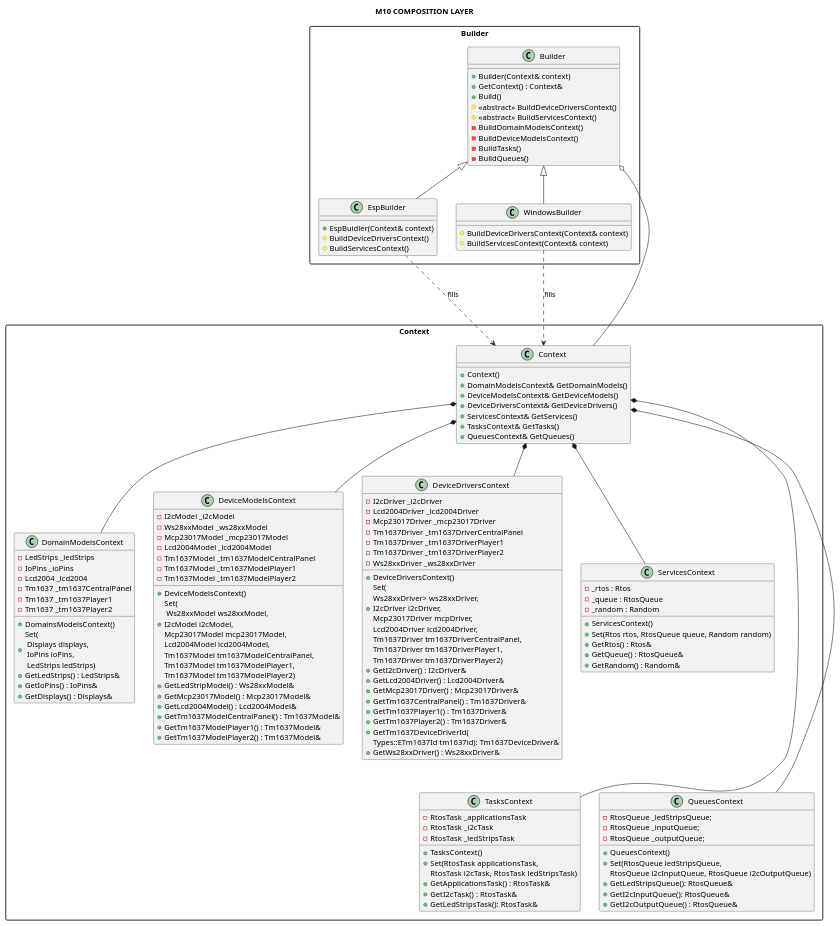
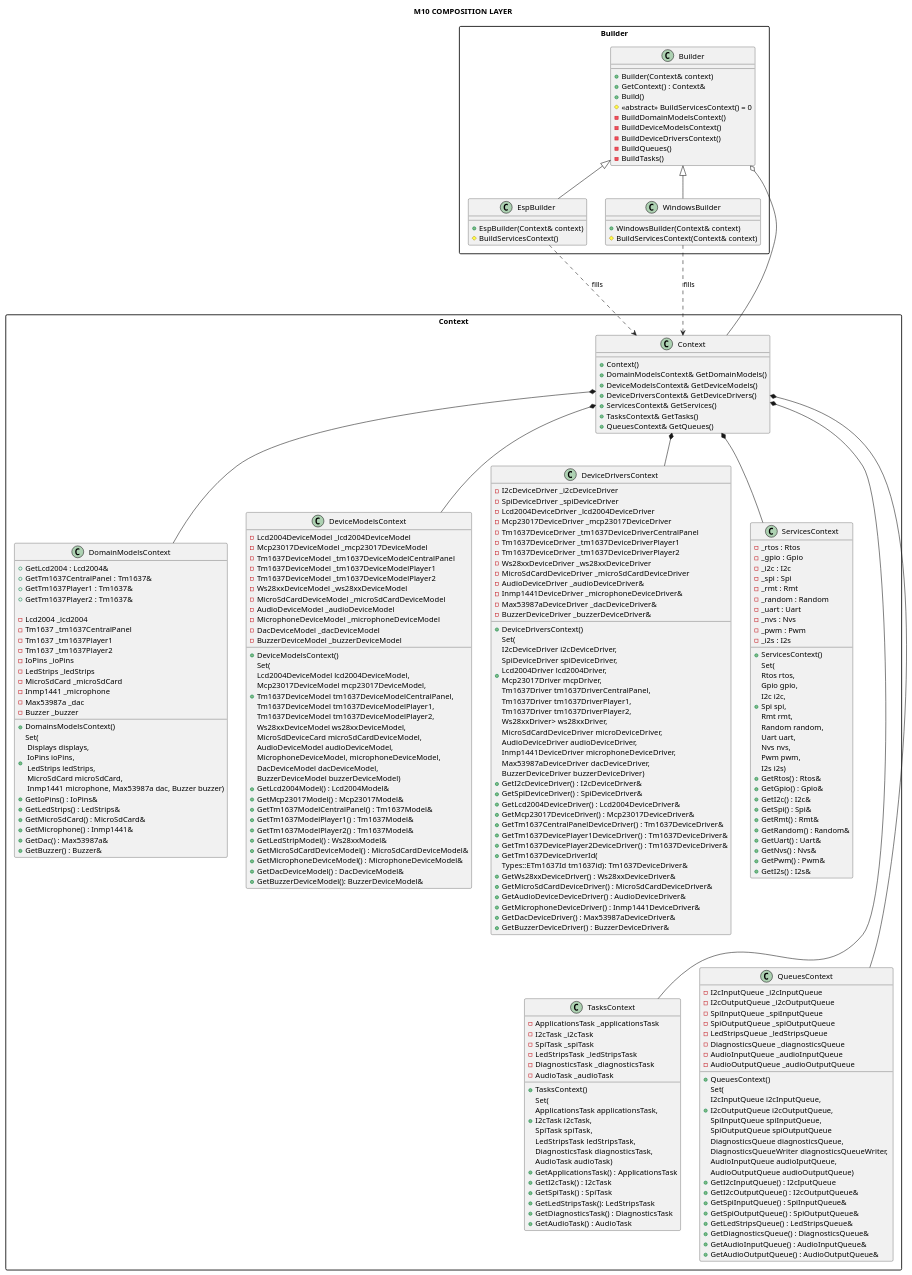
One commit to michelkeijzers/fraxis changed the diagram in Docs/Software Design/Layers/M10_composition_layer.puml. Above: the diagram before and after it, drawn with PlantUML. The commit also changed 2 other files, not shown here.

Commit message:
Designs UML  0, M00, M10

```diff
--- a/Docs/Software Design/Layers/M10_composition_layer.puml
+++ b/Docs/Software Design/Layers/M10_composition_layer.puml
@@ -12,25 +12,24 @@
         + Builder(Context& context)
         + GetContext() : Context&
         + Build()
-        # <<abstract>> BuildDeviceDriversContext()
-        # <<abstract>> BuildServicesContext() 
+        # <<abstract>> BuildServicesContext() = 0
         - BuildDomainModelsContext()
         - BuildDeviceModelsContext()
+        - BuildDeviceDriversContext()
+        - BuildQueues()
         - BuildTasks()
-        - BuildQueues()
     }
 
     class EspBuilder
     {
-        + EspBuidler(Context& context)
-        # BuildDeviceDriversContext()
+        + EspBuilder(Context& context)
         # BuildServicesContext() 
     }
     EspBuilder -u-|> Builder
 
     class WindowsBuilder
     {
-        # BuildDeviceDriversContext(Context& context)
+        + WindowsBuilder(Context& context)
         # BuildServicesContext(Context& context) 
     }
     WindowsBuilder -u-|> Builder
@@ -52,98 +51,160 @@
     class DomainModelsContext
     {
         + DomainsModelsContext()
-        + Set(\n Displays displays, \n IoPins ioPins, \n LedStrips ledStrips)
+        + Set(\n Displays displays, \n IoPins ioPins, \n LedStrips ledStrips, \n MicroSdCard microSdCard, \n Inmp1441 microphone, Max53987a dac, Buzzer buzzer)
+        + GetLcd2004 : Lcd2004&
+        + GetTm1637CentralPanel : Tm1637& 
+        + GetTm1637Player1 : Tm1637&
+        + GetTm1637Player2 : Tm1637&
+        + GetIoPins() : IoPins& 
         + GetLedStrips() : LedStrips& 
-        + GetIoPins() : IoPins& 
-        + GetDisplays() : Displays& 
+        + GetMicroSdCard() : MicroSdCard&
+        + GetMicrophone() : Inmp1441&
+        + GetDac() : Max53987a&
+        + GetBuzzer() : Buzzer&
 
-        - LedStrips _ledStrips
-        - IoPins _ioPins
         - Lcd2004 _lcd2004
         - Tm1637 _tm1637CentralPanel
         - Tm1637 _tm1637Player1
         - Tm1637 _tm1637Player2
+        - IoPins _ioPins
+        - LedStrips _ledStrips
+        - MicroSdCard _microSdCard
+        - Inmp1441 _microphone
+        - Max53987a _dac
+        - Buzzer _buzzer
     }
 
     class DeviceModelsContext
     {
         + DeviceModelsContext()
-        + Set(\n Ws28xxModel ws28xxModel,\nI2cModel i2cModel,\nMcp23017Model mcp23017Model,\nLcd2004Model lcd2004Model,
-            Tm1637Model tm1637ModelCentralPanel,\nTm1637Model tm1637ModelPlayer1,\nTm1637Model tm1637ModelPlayer2)
-        + GetLedStripModel() : Ws28xxModel& 
+        + Set(\nLcd2004DeviceModel lcd2004DeviceModel, \nMcp23017DeviceModel mcp23017DeviceModel, \nTm1637DeviceModel tm1637DeviceModelCentralPanel,\nTm1637DeviceModel tm1637DeviceModelPlayer1,\nTm1637DeviceModel tm1637DeviceModelPlayer2, \nWs28xxDeviceModel ws28xxDeviceModel,
+            MicroSdDeviceCard microSdCardDeviceModel, \nAudioDeviceModel audioDeviceModel, \nMicrophoneDeviceModel, microphoneDeviceModel, \nDacDeviceModel dacDeviceModel, \nBuzzerDeviceModel buzzerDeviceModel)
+        + GetLcd2004Model() : Lcd2004Model& 
         + GetMcp23017Model() : Mcp23017Model& 
-        + GetLcd2004Model() : Lcd2004Model& 
         + GetTm1637ModelCentralPanel() : Tm1637Model& 
         + GetTm1637ModelPlayer1() : Tm1637Model& 
         + GetTm1637ModelPlayer2() : Tm1637Model& 
-        - I2cModel _i2cModel
-        - Ws28xxModel _ws28xxModel
-        - Mcp23017Model _mcp23017Model
-        - Lcd2004Model _lcd2004Model
-        - Tm1637Model _tm1637ModelCentralPanel
-        - Tm1637Model _tm1637ModelPlayer1
-        - Tm1637Model _tm1637ModelPlayer2
+        + GetLedStripModel() : Ws28xxModel& 
+        + GetMicroSdCardDeviceModel() : MicroSdCardDeviceModel&
+        + GetMicrophoneDeviceModel() : MicrophoneDeviceModel&
+        + GetDacDeviceModel() : DacDeviceModel&
+        + GetBuzzerDeviceModel(): BuzzerDeviceModel&
+        - Lcd2004DeviceModel _lcd2004DeviceModel
+        - Mcp23017DeviceModel _mcp23017DeviceModel
+        - Tm1637DeviceModel _tm1637DeviceModelCentralPanel
+        - Tm1637DeviceModel _tm1637DeviceModelPlayer1
+        - Tm1637DeviceModel _tm1637DeviceModelPlayer2
+        - Ws28xxDeviceModel _ws28xxDeviceModel
+        - MicroSdCardDeviceModel _microSdCardDeviceModel
+        - AudioDeviceModel _audioDeviceModel
+        - MicrophoneDeviceModel _microphoneDeviceModel
+        - DacDeviceModel _dacDeviceModel
+        - BuzzerDeviceModel _buzzerDeviceModel
     }
     
     class DeviceDriversContext
     {
         + DeviceDriversContext()
-        + Set(\nWs28xxDriver> ws28xxDriver,\nI2cDriver i2cDriver,\nMcp23017Driver mcpDriver,\nLcd2004Driver lcd2004Driver,
-            Tm1637Driver tm1637DriverCentralPanel,\nTm1637Driver tm1637DriverPlayer1,\nTm1637Driver tm1637DriverPlayer2)
-        + GetI2cDriver() : I2cDriver& 
-        + GetLcd2004Driver() : Lcd2004Driver& 
-        + GetMcp23017Driver() : Mcp23017Driver& 
-        + GetTm1637CentralPanel() : Tm1637Driver& 
-        + GetTm1637Player1() : Tm1637Driver& 
-        + GetTm1637Player2() : Tm1637Driver& 
+        + Set(\nI2cDeviceDriver i2cDeviceDriver, \nSpiDeviceDriver spiDeviceDriver, \nLcd2004Driver lcd2004Driver, \nMcp23017Driver mcpDriver,\nTm1637Driver tm1637DriverCentralPanel,\nTm1637Driver tm1637DriverPlayer1,\nTm1637Driver tm1637DriverPlayer2,
+            Ws28xxDriver> ws28xxDriver, \nMicroSdCardDeviceDriver microDeviceDriver, \nAudioDeviceDriver audioDeviceDriver, \nInmp1441DeviceDriver microphoneDeviceDriver, \nMax53987aDeviceDriver dacDeviceDriver, \nBuzzerDeviceDriver buzzerDeviceDriver)
+        + GetI2cDeviceDriver() : I2cDeviceDriver& 
+        + GetSpiDeviceDriver() : SpiDeviceDriver& 
+        + GetLcd2004DeviceDriver() : Lcd2004DeviceDriver& 
+        + GetMcp23017DeviceDriver() : Mcp23017DeviceDriver& 
+        + GetTm1637CentralPanelDeviceDriver() : Tm1637DeviceDriver& 
+        + GetTm1637DevicePlayer1DeviceDriver() : Tm1637DeviceDriver& 
+        + GetTm1637DevicePlayer2DeviceDriver() : Tm1637DeviceDriver& 
         + GetTm1637DeviceDriverId(
             Types::ETm1637Id tm1637id): Tm1637DeviceDriver&
-        + GetWs28xxDriver() : Ws28xxDriver& 
-        - I2cDriver _i2cDriver
-        - Lcd2004Driver _lcd2004Driver
-        - Mcp23017Driver _mcp23017Driver
-        - Tm1637Driver _tm1637DriverCentralPanel
-        - Tm1637Driver _tm1637DriverPlayer1
-        - Tm1637Driver _tm1637DriverPlayer2
-        - Ws28xxDriver _ws28xxDriver
+        + GetWs28xxDeviceDriver() : Ws28xxDeviceDriver& 
+        + GetMicroSdCardDeviceDriver() : MicroSdCardDeviceDriver&
+        + GetAudioDeviceDeviceDriver() : AudioDeviceDriver&
+        + GetMicrophoneDeviceDriver() : Inmp1441DeviceDriver&
+        + GetDacDeviceDriver() : Max53987aDeviceDriver& 
+        + GetBuzzerDeviceDriver() : BuzzerDeviceDriver&
+        - I2cDeviceDriver _i2cDeviceDriver
+        - SpiDeviceDriver _spiDeviceDriver
+        - Lcd2004DeviceDriver _lcd2004DeviceDriver
+        - Mcp23017DeviceDriver _mcp23017DeviceDriver
+        - Tm1637DeviceDriver _tm1637DeviceDriverCentralPanel
+        - Tm1637DeviceDriver _tm1637DeviceDriverPlayer1
+        - Tm1637DeviceDriver _tm1637DeviceDriverPlayer2
+        - Ws28xxDeviceDriver _ws28xxDeviceDriver
+        - MicroSdCardDeviceDriver _microSdCardDeviceDriver
+        - AudioDeviceDriver _audioDeviceDriver&
+        - Inmp1441DeviceDriver _microphoneDeviceDriver&
+        - Max53987aDeviceDriver _dacDeviceDriver&
+        - BuzzerDeviceDriver _buzzerDeviceDriver&
     }
 
     class ServicesContext
     {
         + ServicesContext()
-        + Set(Rtos rtos, RtosQueue queue, Random random)
+        + Set(\nRtos rtos, \nGpio gpio, \nI2c i2c, \nSpi spi, \nRmt rmt, \nRandom random, \nUart uart, \nNvs nvs, 
+           Pwm pwm, \nI2s i2s)
         + GetRtos() : Rtos& 
-        + GetQueue() : RtosQueue& 
+        + GetGpio() : Gpio&
+        + GetI2c() : I2c&
+        + GetSpi() : Spi&
+        + GetRmt() : Rmt&
         + GetRandom() : Random& 
+        + GetUart() : Uart&
+        + GetNvs() : Nvs&
+        + GetPwm() : Pwm& 
+        + GetI2s() : I2s&
         - _rtos : Rtos 
-        - _queue : RtosQueue 
+        - _gpio : Gpio
+        - _i2c : I2c
+        - _spi : Spi
+        - _rmt : Rmt
         - _random : Random 
+        - _uart : Uart
+        - _nvs : Nvs
+        - _pwm : Pwm
+        - _i2s : I2s
     }
 
     class TasksContext
     {
         + TasksContext()
-        + Set(RtosTask applicationsTask, 
-            RtosTask i2cTask, RtosTask ledStripsTask)
-        + GetApplicationsTask() : RtosTask& 
-        + GetI2cTask() : RtosTask& 
-        + GetLedStripsTask(): RtosTask& 
-        - RtosTask _applicationsTask
-        - RtosTask _i2cTask
-        - RtosTask _ledStripsTask
+        + Set(\nApplicationsTask applicationsTask, \nI2cTask i2cTask, \nSpiTask spiTask, \nLedStripsTask ledStripsTask, 
+            DiagnosticsTask diagnosticsTask, \nAudioTask audioTask)
+        + GetApplicationsTask() : ApplicationsTask
+        + GetI2cTask() : I2cTask
+        + GetSpiTask() : SpiTask
+        + GetLedStripsTask(): LedStripsTask
+        + GetDiagnosticsTask() : DiagnosticsTask
+        + GetAudioTask() : AudioTask 
+        - ApplicationsTask _applicationsTask
+        - I2cTask _i2cTask
+        - SpiTask _spiTask
+        - LedStripsTask _ledStripsTask
+        - DiagnosticsTask _diagnosticsTask
+        - AudioTask _audioTask
     }
 
     class QueuesContext
     {
         + QueuesContext()
-        + Set(RtosQueue ledStripsQueue, 
-            RtosQueue i2cInputQueue, RtosQueue i2cOutputQueue)
-        + GetLedStripsQueue(): RtosQueue& 
-        + GetI2cInputQueue(): RtosQueue& 
-        + GetI2cOutputQueue() : RtosQueue& 
-        - RtosQueue _ledStripsQueue;
-        - RtosQueue _inputQueue;
-        - RtosQueue _outputQueue;
+        + Set(\nI2cInputQueue i2cInputQueue, \nI2cOutputQueue i2cOutputQueue, \nSpiInputQueue spiInputQueue, \nSpiOutputQueue spiOutputQueue
+            DiagnosticsQueue diagnosticsQueue, \nDiagnosticsQueueWriter diagnosticsQueueWriter, \nAudioInputQueue audioIputQueue, \nAudioOutputQueue audioOutputQueue)
+        + GetI2cInputQueue() : I2cIputQueue
+        + GetI2cOutputQueue() : I2cOutputQueue& 
+        + GetSpiInputQueue() : SpiInputQueue& 
+        + GetSpiOutputQueue() : SpiOutputQueue& 
+        + GetLedStripsQueue() : LedStripsQueue& 
+        + GetDiagnosticsQueue() : DiagnosticsQueue&
+        + GetAudioInputQueue() : AudioInputQueue&
+        + GetAudioOutputQueue() : AudioOutputQueue& 
+        - I2cInputQueue _i2cInputQueue
+        - I2cOutputQueue _i2cOutputQueue
+        - SpiInputQueue _spiInputQueue
+        - SpiOutputQueue _spiOutputQueue
+        - LedStripsQueue _ledStripsQueue
+        - DiagnosticsQueue _diagnosticsQueue
+        - AudioInputQueue _audioInputQueue
+        - AudioOutputQueue _audioOutputQueue
     }
 
     Context *-- DomainModelsContext
```
